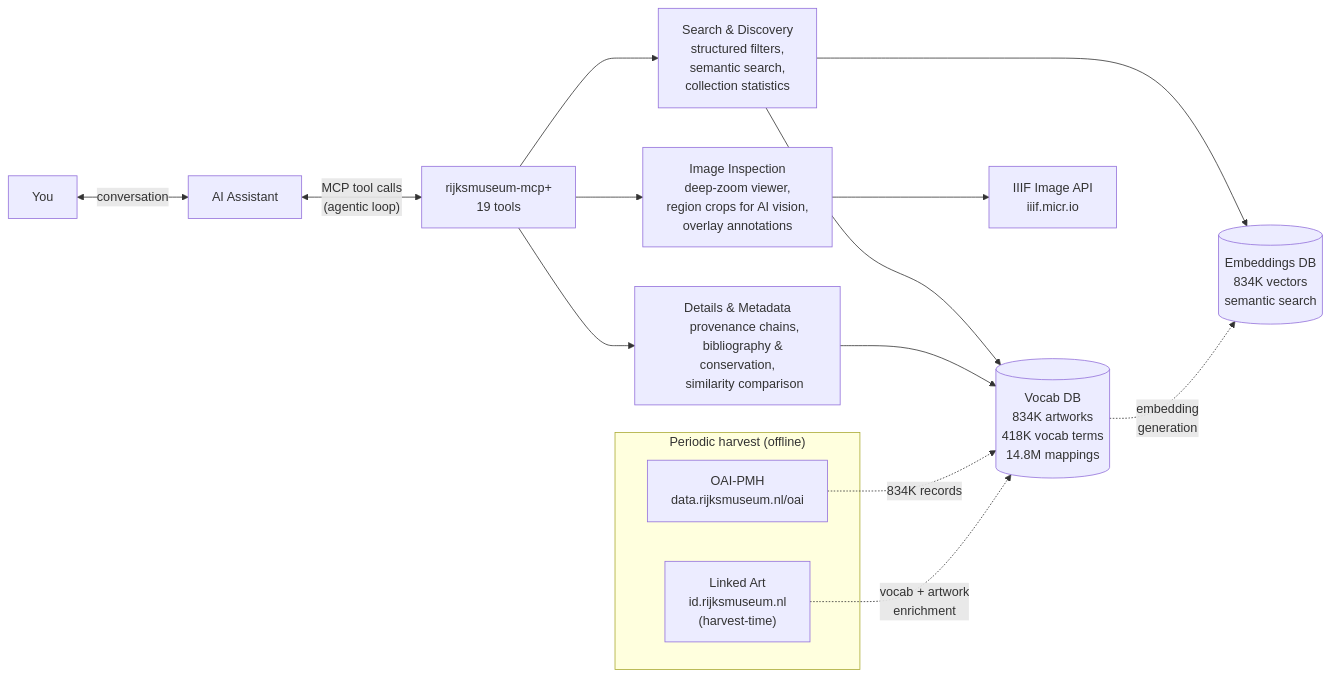
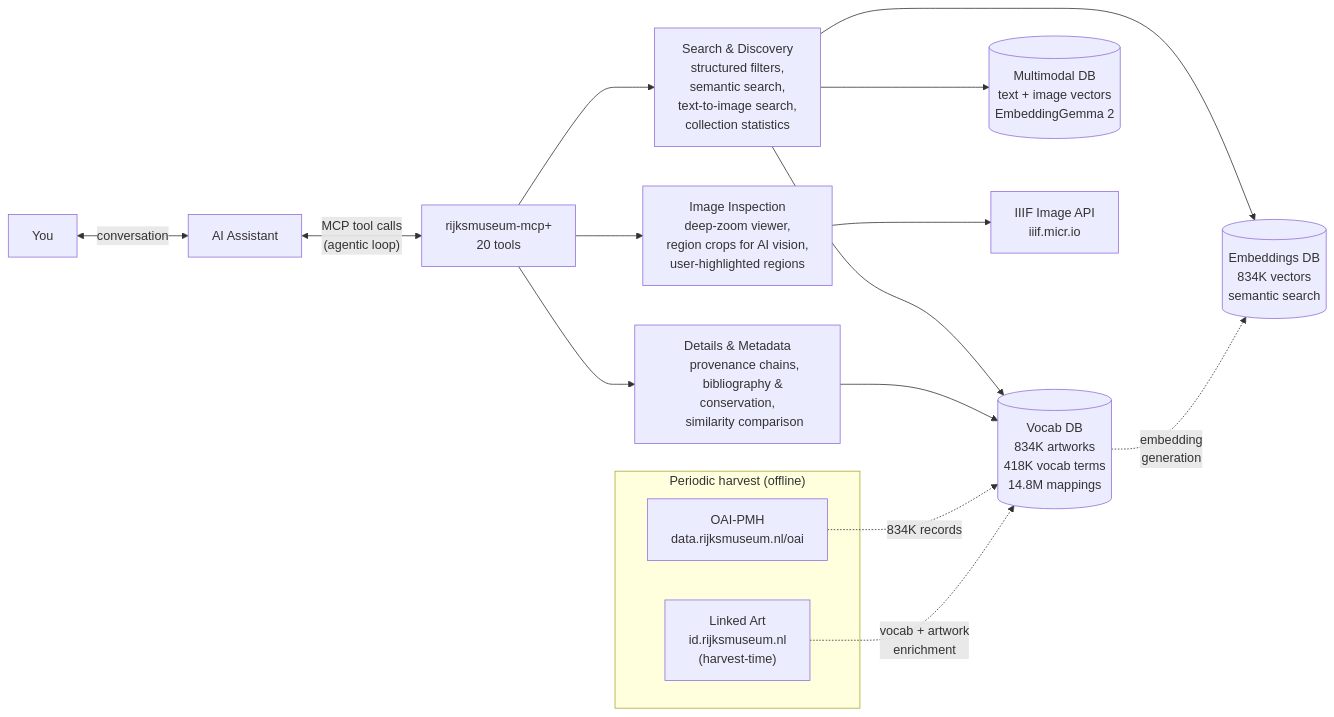
One commit to kintopp/rijksmuseum-mcp-plus changed the diagram in README.md. Above: the diagram before and after it, drawn with Mermaid. The commit also changed other lines of this file and 4 other files, not shown here.

Commit message:
Describe multimodal search in the README, tool list and skill 0.98

````diff
--- a/README.md
+++ b/README.md
@@ -60,47 +61,51 @@
 ```mermaid
 flowchart LR
     User["You"] <-->|conversation| AI["AI Assistant"]
 
     AI <-->|"MCP tool calls
     (agentic loop)"| Server["rijksmuseum-mcp+
-    19 tools"]
+    20 tools"]
 
     Server --> Search["Search & Discovery
     structured filters,
     semantic search,
+    text-to-image search,
     collection statistics"]
 
     Server --> Details["Details & Metadata
     provenance chains,
     bibliography & conservation,
     similarity comparison"]
 
     Server --> Images["Image Inspection
     deep-zoom viewer,
     region crops for AI vision,
-    overlay annotations"]
+    user-highlighted regions"]
 
     Search --> VocabDB[("Vocab DB
     834K artworks
     418K vocab terms
     14.8M mappings")]
     Search --> EmbeddingsDB[("Embeddings DB
     834K vectors
     semantic search")]
+    Search --> GemmaDB[("Multimodal DB
+    text + image vectors
+    EmbeddingGemma 2")]
     Details --> VocabDB
     Images --> IIIF["IIIF Image API
     iiif.micr.io"]
 
     subgraph Harvest ["Periodic harvest (offline)"]
         OAI["OAI-PMH
         data.rijksmuseum.nl/oai"]
         LA["Linked Art
         id.rijksmuseum.nl
         (harvest-time)"]
     end
     OAI -.->|"834K records"| VocabDB
     LA -.->|"vocab + artwork
     enrichment"| VocabDB
     VocabDB -.->|"embedding
     generation"| EmbeddingsDB
 ```
````
